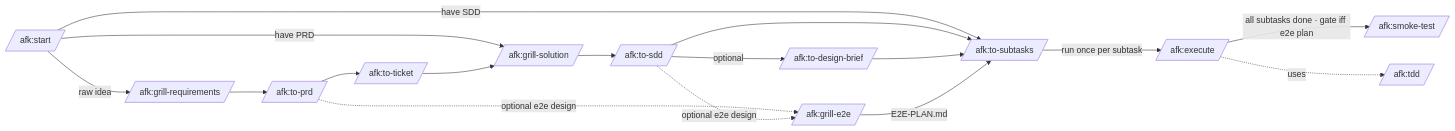
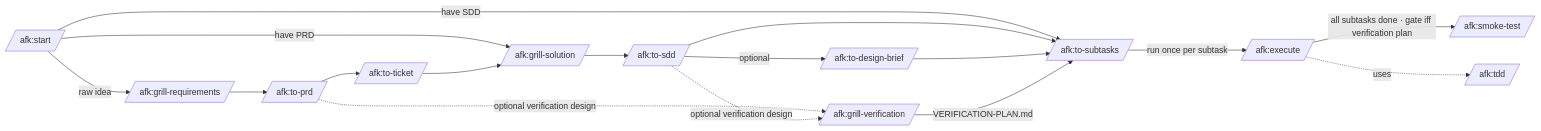
The diagram in skills/start/SKILL.md (midnightblur/afk-driver), drawn with Mermaid before and after one commit. The commit also changed other lines of this file and 12 other files, not shown here.

````diff
--- a/skills/start/SKILL.md
+++ b/skills/start/SKILL.md
@@ -20,16 +20,16 @@
    ```mermaid
    graph LR
        Start[/afk:start/] -->|raw idea| Grill[/afk:grill-requirements/]
        Start -->|have PRD| AG[/afk:grill-solution/]
        Start -->|have SDD| Sub[/afk:to-subtasks/]
        Grill --> Prd[/afk:to-prd/] --> Ticket[/afk:to-ticket/] --> AG --> Sdd[/afk:to-sdd/]
        Sdd -->|optional| Brief[/afk:to-design-brief/]
-       Prd -.optional e2e design.-> E2E[/afk:grill-e2e/]
-       Sdd -.optional e2e design.-> E2E
+       Prd -.optional verification design.-> Verif[/afk:grill-verification/]
+       Sdd -.optional verification design.-> Verif
        Sdd --> Sub
        Brief --> Sub
-       E2E -->|E2E-PLAN.md| Sub
+       Verif -->|VERIFICATION-PLAN.md| Sub
        Sub -->|run once per subtask| Exec[/afk:execute/]
-       Exec -->|all subtasks done · gate iff e2e plan| Smoke[/afk:smoke-test/]
+       Exec -->|all subtasks done · gate iff verification plan| Smoke[/afk:smoke-test/]
        Exec -.uses.-> Tdd[/afk:tdd/]
    ```
````
